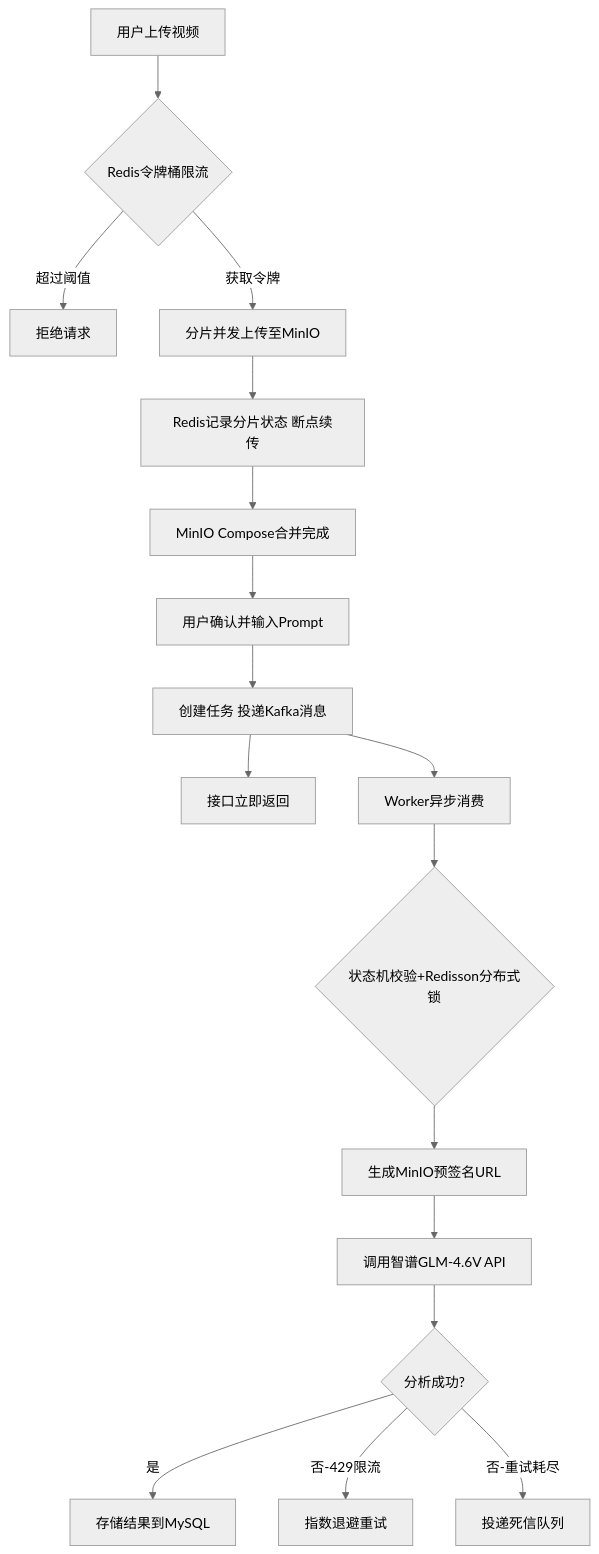
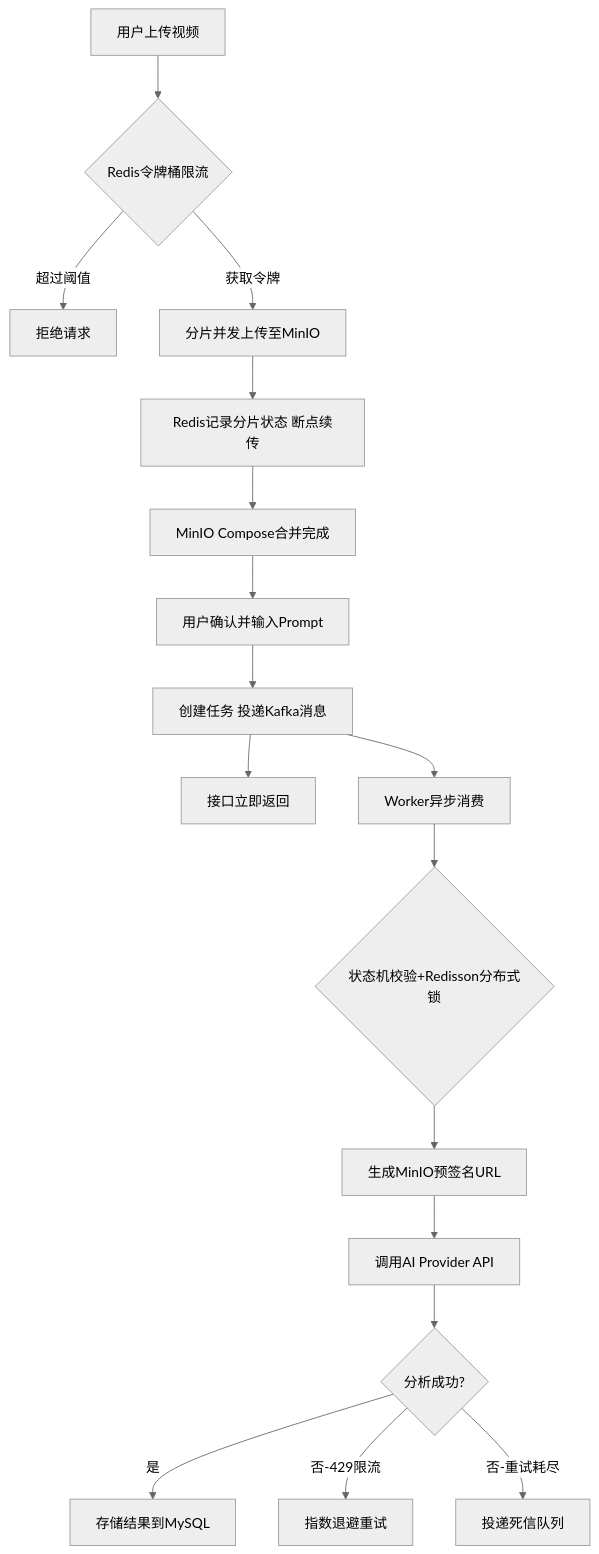
The diagram in README.md (Aloys-y/video-ai-platform), drawn with Mermaid (neutral theme) before and after one commit. The commit also changed other lines of this file and 10 other files, not shown here.

````diff
--- a/README.md
+++ b/README.md
@@ -66,21 +66,21 @@
 ```mermaid
 graph TD
     A[用户上传视频] --> B{Redis令牌桶限流}
     B -- 超过阈值 --> C[拒绝请求]
     B -- 获取令牌 --> D[分片并发上传至MinIO]
     D --> E[Redis记录分片状态 断点续传]
     E --> F[MinIO Compose合并完成]
 
     F --> G[用户确认并输入Prompt]
     G --> H[创建任务 投递Kafka消息]
     H --> I[接口立即返回]
 
     H --> J[Worker异步消费]
     J --> K{状态机校验+Redisson分布式锁}
     K --> L[生成MinIO预签名URL]
-    L --> M[调用智谱GLM-4.6V API]
+    L --> M[调用AI Provider API]
     M --> N{分析成功?}
     N -- 是 --> O[存储结果到MySQL]
     N -- 否-429限流 --> P[指数退避重试]
     N -- 否-重试耗尽 --> Q[投递死信队列]
 ```
````
